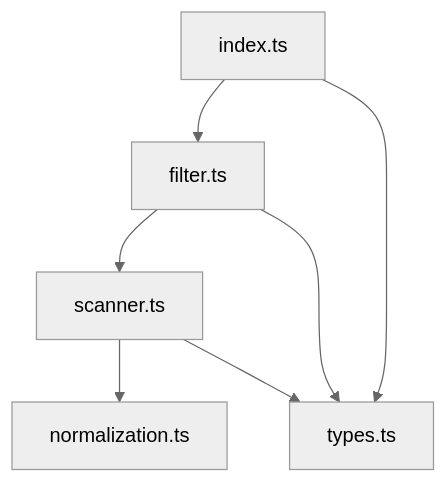
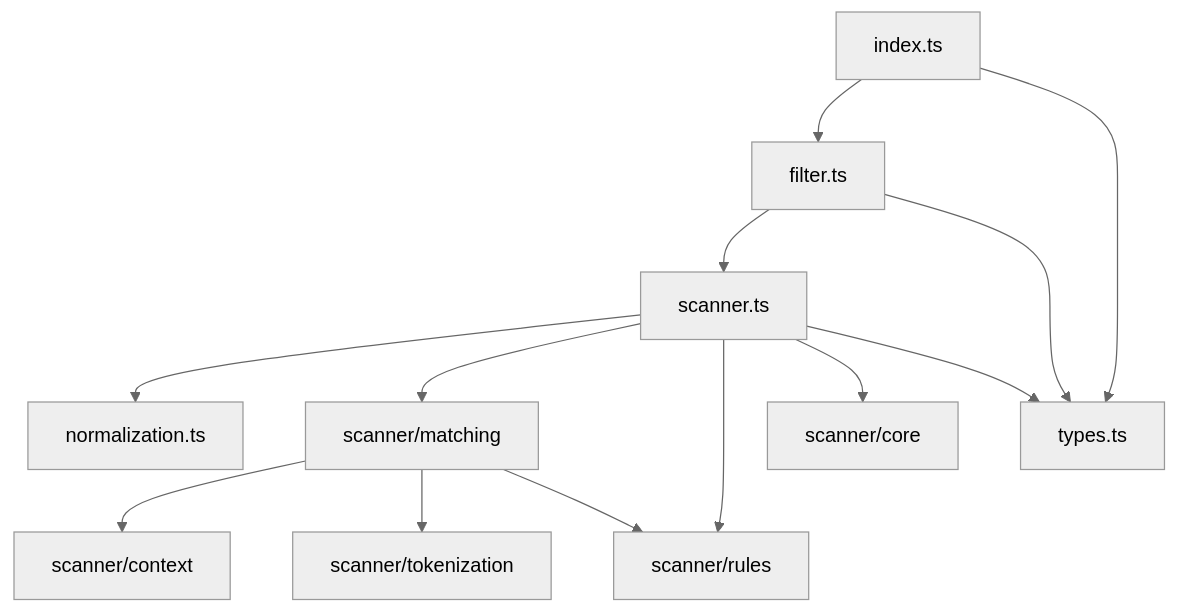
The second of 2 diagrams in docs/architecture.md (textfilters/email), drawn with Mermaid (neutral theme) before and after one commit. The commit also changed other lines of this file and 32 other files, not shown here.

````diff
--- a/docs/architecture.md
+++ b/docs/architecture.md
@@ -35,9 +40,15 @@
 ```mermaid
 graph TD
   index["index.ts"] --> filter["filter.ts"]
   index --> types["types.ts"]
   filter --> scanner["scanner.ts"]
   filter --> types
   scanner --> normalization["normalization.ts"]
+  scanner --> matching["scanner/matching"]
+  scanner --> rules["scanner/rules"]
+  scanner --> core["scanner/core"]
+  matching --> context["scanner/context"]
+  matching --> tokenization["scanner/tokenization"]
+  matching --> rules
   scanner --> types
 ```
````
